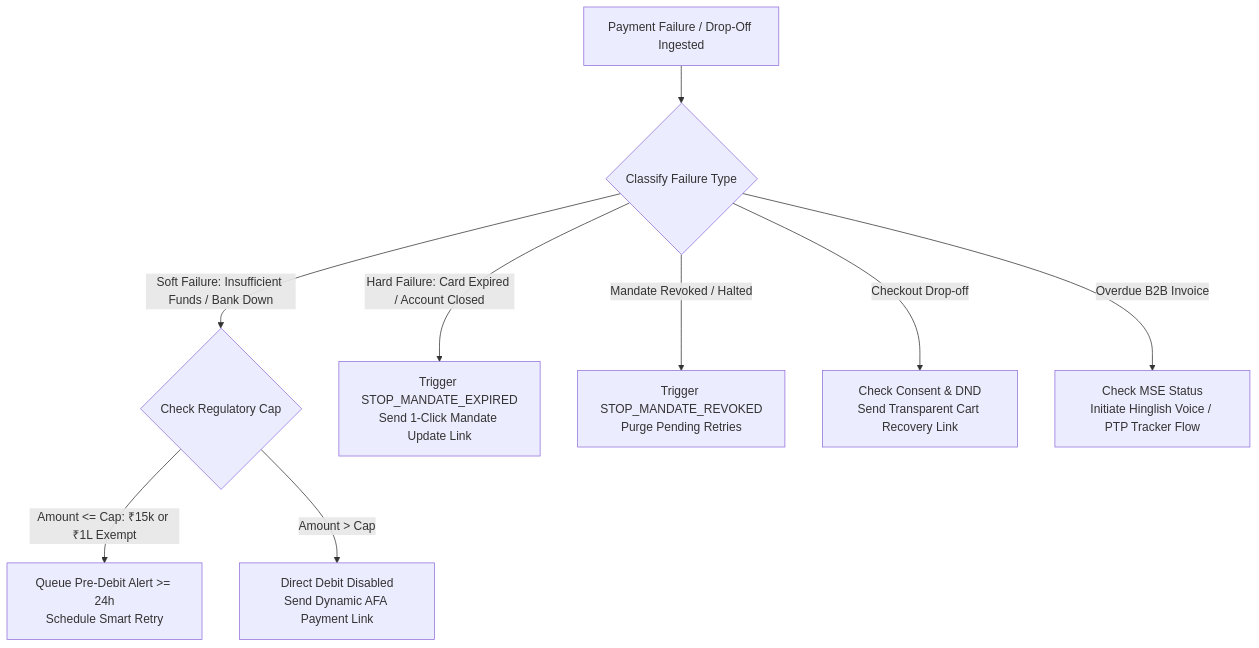
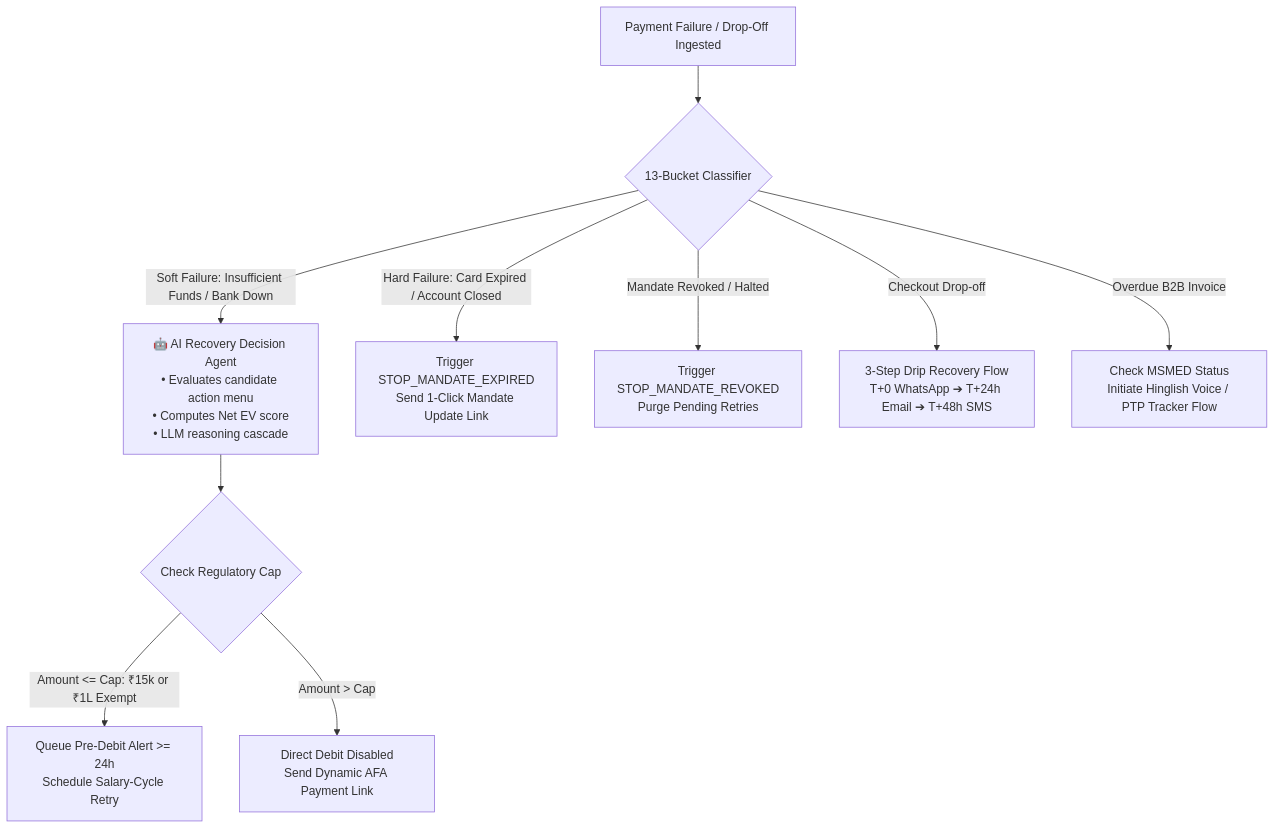
The diagram in compliance-rules.md (Harmit07/razorpay-ai-challenge), drawn with Mermaid before and after one commit. The commit also changed other lines of this file and 1 other file, not shown here.

Commit message:
docs: update Mermaid architecture and FSM flowcharts with AI Decision Agent and checkout drip workflows

````diff
--- a/compliance-rules.md
+++ b/compliance-rules.md
@@ -141,16 +141,18 @@
 ```mermaid
 flowchart TD
-    A[Payment Failure / Drop-Off Ingested] --> B{Classify Failure Type}
+    A[Payment Failure / Drop-Off Ingested] --> B{13-Bucket Classifier}
     
-    B -->|Soft Failure: Insufficient Funds / Bank Down| C{Check Regulatory Cap}
-    C -->|Amount <= Cap: ₹15k or ₹1L Exempt| D[Queue Pre-Debit Alert >= 24h<br/>Schedule Smart Retry]
+    B -->|Soft Failure: Insufficient Funds / Bank Down| AGENT[🤖 AI Recovery Decision Agent<br/>• Evaluates candidate action menu<br/>• Computes Net EV score<br/>• LLM reasoning cascade]
+    
+    AGENT --> C{Check Regulatory Cap}
+    C -->|Amount <= Cap: ₹15k or ₹1L Exempt| D[Queue Pre-Debit Alert >= 24h<br/>Schedule Salary-Cycle Retry]
     C -->|Amount > Cap| E[Direct Debit Disabled<br/>Send Dynamic AFA Payment Link]
     
     B -->|Hard Failure: Card Expired / Account Closed| F[Trigger STOP_MANDATE_EXPIRED<br/>Send 1-Click Mandate Update Link]
     
     B -->|Mandate Revoked / Halted| G[Trigger STOP_MANDATE_REVOKED<br/>Purge Pending Retries]
     
-    B -->|Checkout Drop-off| H[Check Consent & DND<br/>Send Transparent Cart Recovery Link]
+    B -->|Checkout Drop-off| H[3-Step Drip Recovery Flow<br/>T+0 WhatsApp ➔ T+24h Email ➔ T+48h SMS]
     
-    B -->|Overdue B2B Invoice| I[Check MSE Status<br/>Initiate Hinglish Voice / PTP Tracker Flow]
+    B -->|Overdue B2B Invoice| I[Check MSMED Status<br/>Initiate Hinglish Voice / PTP Tracker Flow]
 ```
````
